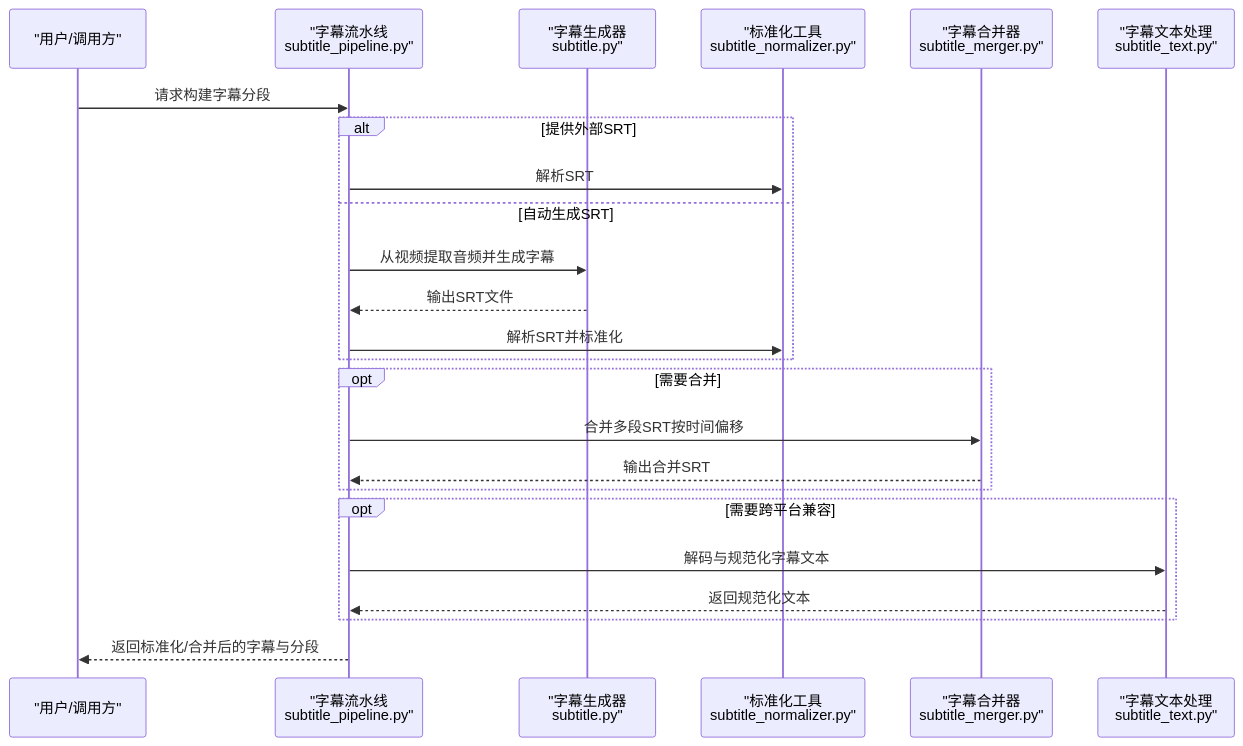
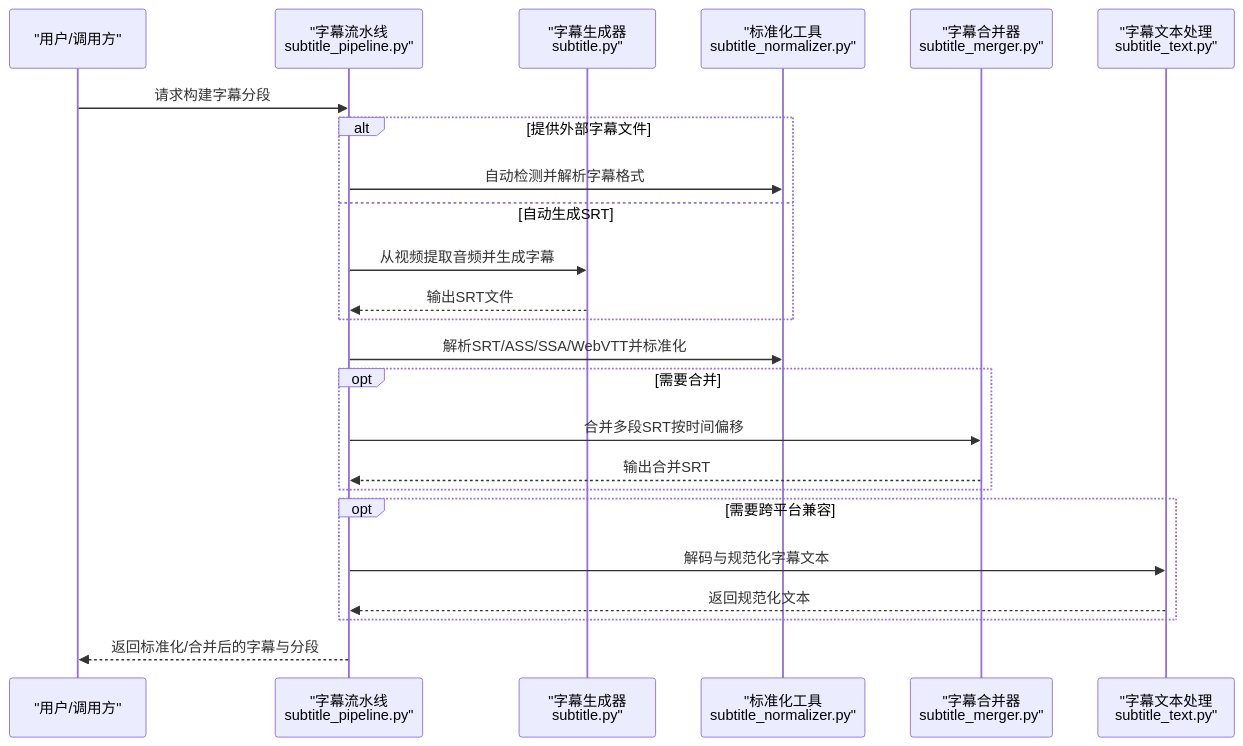
The second of 10 diagrams in .qoder/repowiki/zh/content/核心功能/字幕处理系统/字幕处理系统.md (wowoduang/AIVideoClaude), drawn with Mermaid before and after one commit. The commit also changed other lines of this file and 32 other files, not shown here.

````diff
--- a/.qoder/repowiki/zh/content/核心功能/字幕处理系统/字幕处理系统.md
+++ b/.qoder/repowiki/zh/content/核心功能/字幕处理系统/字幕处理系统.md
@@ -139,26 +132,26 @@
 ```mermaid
 sequenceDiagram
 participant U as "用户/调用方"
 participant P as "字幕流水线<br/>subtitle_pipeline.py"
 participant S as "字幕生成器<br/>subtitle.py"
 participant N as "标准化工具<br/>subtitle_normalizer.py"
 participant M as "字幕合并器<br/>subtitle_merger.py"
 participant T as "字幕文本处理<br/>subtitle_text.py"
 U->>P : 请求构建字幕分段
-alt 提供外部SRT
-P->>N : 解析SRT
+alt 提供外部字幕文件
+P->>N : 自动检测并解析字幕格式
 else 自动生成SRT
 P->>S : 从视频提取音频并生成字幕
 S-->>P : 输出SRT文件
-P->>N : 解析SRT并标准化
 end
+P->>N : 解析SRT/ASS/SSA/WebVTT并标准化
 opt 需要合并
 P->>M : 合并多段SRT按时间偏移
 M-->>P : 输出合并SRT
 end
 opt 需要跨平台兼容
 P->>T : 解码与规范化字幕文本
 T-->>P : 返回规范化文本
 end
 P-->>U : 返回标准化/合并后的字幕与分段
 ```
````
